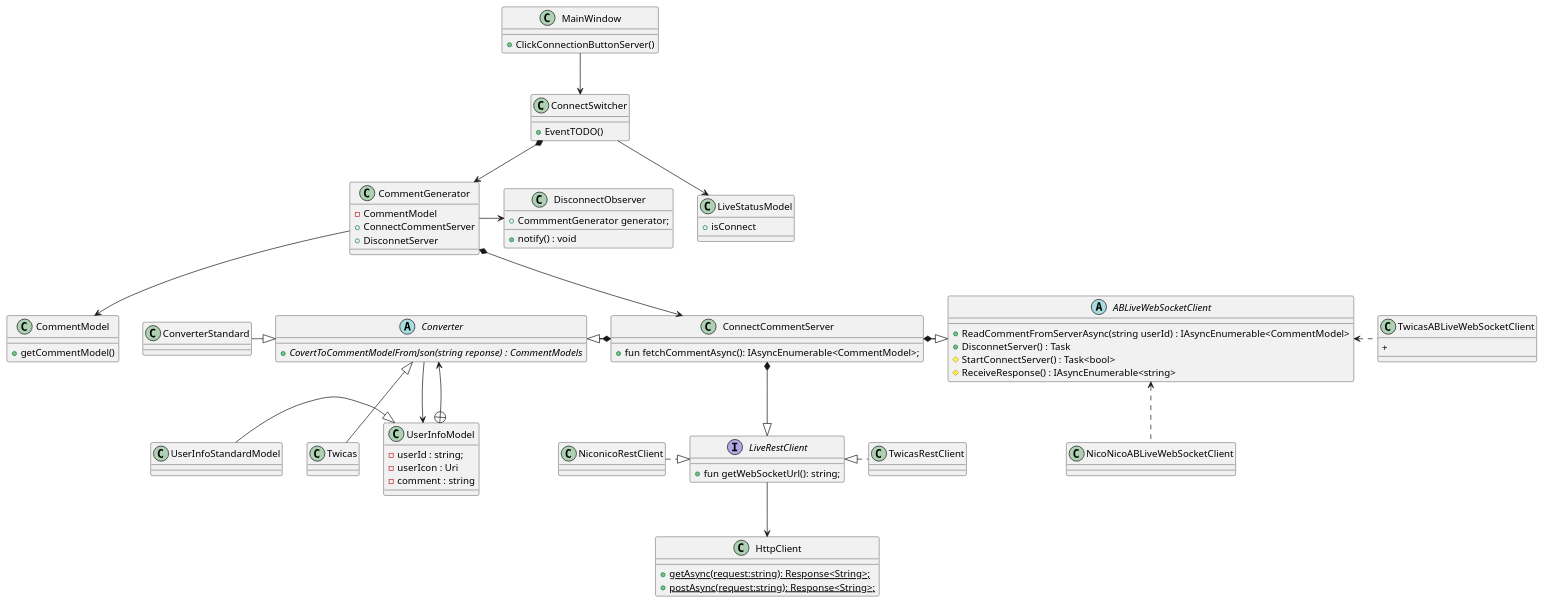
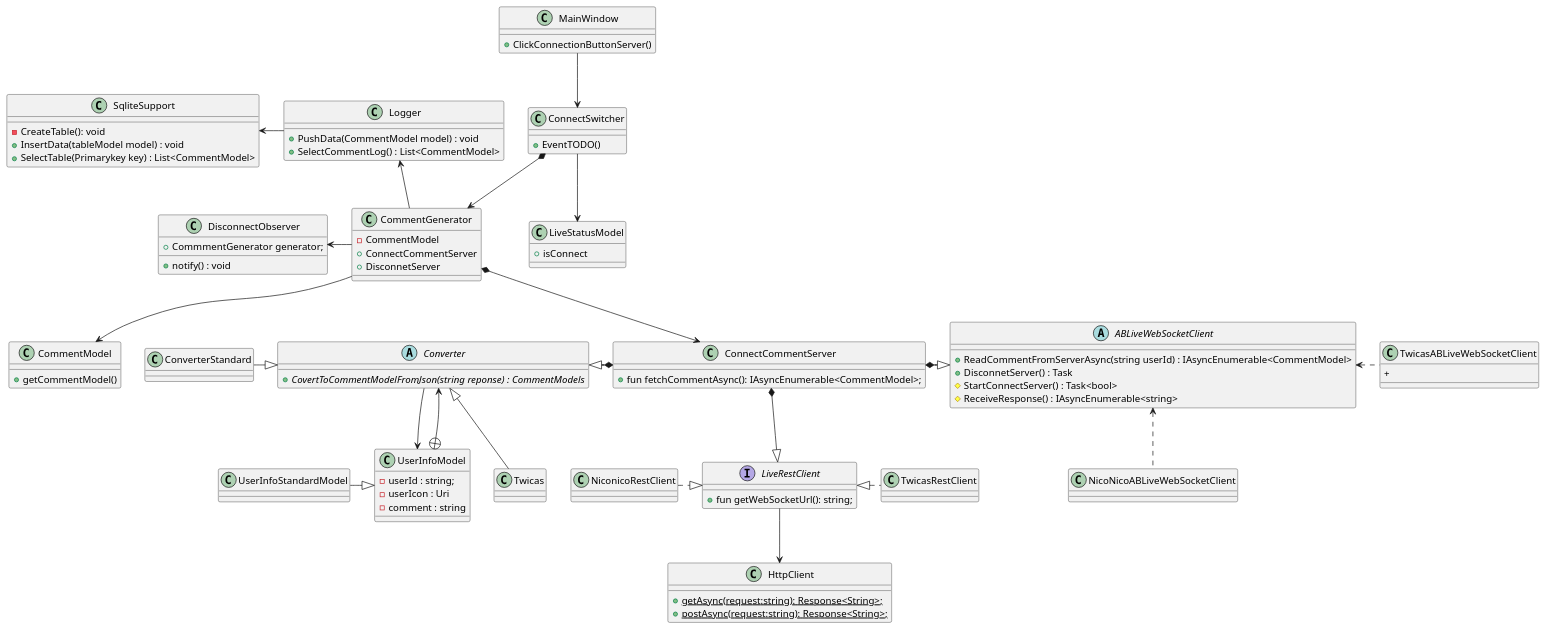
The diagram in ultra-comment-viewer/class-design/model/fetch-comment.pu (elm-niconico/AppDesign), drawn with PlantUML before and after one commit. The commit also changed 3 other files, not shown here.

Commit message:
add CommentLoggerClass

```diff
--- a/ultra-comment-viewer/class-design/model/fetch-comment.pu
+++ b/ultra-comment-viewer/class-design/model/fetch-comment.pu
@@ -1,110 +1,124 @@
 @startuml コメント取得クラス図
 
 
     class MainWindow{
       +  ClickConnectionButtonServer()
     }
     class LiveStatusModel{
         + isConnect
     }
     class CommentModel{
         + getCommentModel()
     }
     class CommentGenerator{
         - CommentModel
         + ConnectCommentServer  
         + DisconnetServer
     }
     class ConnectSwitcher{
         + EventTODO()
     }
 
     
     CommentGenerator --> CommentModel
     MainWindow --> ConnectSwitcher
     CommentGenerator *--> ConnectCommentServer
     ConnectSwitcher *--> CommentGenerator
     ConnectSwitcher --> LiveStatusModel
     abstract class ABLiveWebSocketClient{
         + ReadCommentFromServerAsync(string userId) : IAsyncEnumerable<CommentModel>
         + DisconnetServer() : Task
         # StartConnectServer() : Task<bool>
         # ReceiveResponse() : IAsyncEnumerable<string>      
     }
 
     class NicoNicoABLiveWebSocketClient{
 
     }
     class TwicasABLiveWebSocketClient{
         + 
     }
+
+    class SqliteSupport{
+        - CreateTable(): void
+        + InsertData(tableModel model) : void
+        + SelectTable(Primarykey key) : List<CommentModel>
+    }
+
+    class Logger{
+        + PushData(CommentModel model) : void
+        + SelectCommentLog() : List<CommentModel>
+    }
+
 
     'Observer
     class DisconnectObserver{
         + CommmentGenerator generator;
         + notify() : void
     }
     CommentGenerator -left-> DisconnectObserver
     
 
 
     class ConnectCommentServer {
         + fun fetchCommentAsync(): IAsyncEnumerable<CommentModel>;
         
     }
     
 
 
     interface LiveRestClient{
         + fun getWebSocketUrl(): string;
     }
     class NiconicoRestClient{
 
     }
     class HttpClient{
         + {static} getAsync(request:string): Response<String>;
         + {static} postAsync(request:string): Response<String>;
     }
 
    
 
 
     abstract class Converter{
         + {abstract} CovertToCommentModelFromJson(string reponse) : CommentModels
     }
     Converter <|-- Twicas
 
     class UserInfoModel{
         - userId : string;
         - userIcon : Uri
         - comment : string
     }
 
 
  
     
     'コネクトコメントサーバ'
     ConnectCommentServer *--|> LiveRestClient
     ConnectCommentServer *-right-|> ABLiveWebSocketClient
     ConnectCommentServer *-left-|> Converter
 
 
     'ユーザー情報
     UserInfoModel +--> Converter
     'コンバータ
     Converter --> UserInfoModel
     'クライアント
     NicoNicoABLiveWebSocketClient .up.> ABLiveWebSocketClient
     TwicasABLiveWebSocketClient .left.> ABLiveWebSocketClient
     'ユーザー情報モデル
     UserInfoStandardModel -right-|> UserInfoModel
     'レストクライアント
     NiconicoRestClient .right.|> LiveRestClient
     TwicasRestClient   .left.|>  LiveRestClient
     LiveRestClient -down-> HttpClient
 
     
     ConverterStandard -right-|> Converter
-   
+    
+    CommentGenerator -up-> Logger
+    Logger -left-> SqliteSupport
 
 @enduml
```
